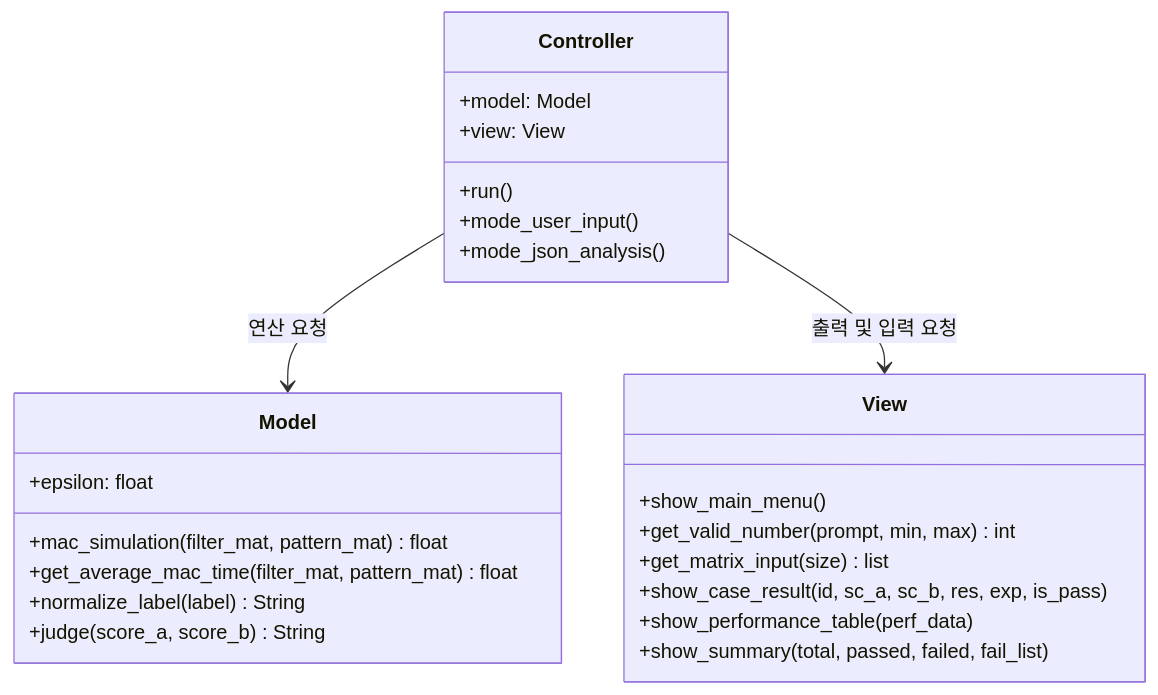
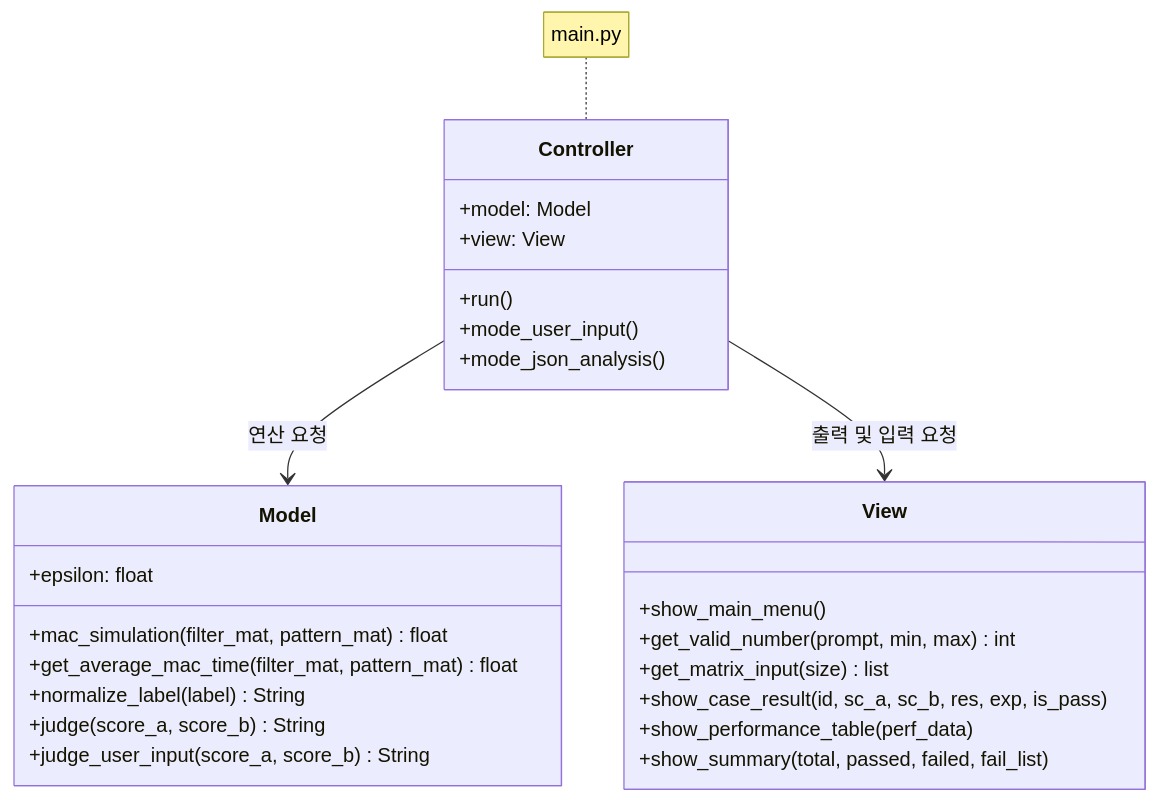
Before and after one commit to ntt65/codyssey: the first of 3 diagrams in e1_3/readme.md, drawn with Mermaid. The commit also changed other lines of this file, not shown here.

Commit message:
Fix:readme.md judge result

````diff
--- a/e1_3/readme.md
+++ b/e1_3/readme.md
@@ -16,30 +16,32 @@
 ```mermaid
 classDiagram
+    note for Controller "main.py"
     class Controller {
         +model: Model
         +view: View
         +run()
         +mode_user_input()
         +mode_json_analysis()
     }
 
     class Model {
         +epsilon: float
         +mac_simulation(filter_mat, pattern_mat) float
         +get_average_mac_time(filter_mat, pattern_mat) float
         +normalize_label(label) String
         +judge(score_a, score_b) String
+        +judge_user_input(score_a, score_b) String
     }
 
     class View {
         +show_main_menu()
         +get_valid_number(prompt, min, max) int
         +get_matrix_input(size) list
         +show_case_result(id, sc_a, sc_b, res, exp, is_pass)
         +show_performance_table(perf_data)
         +show_summary(total, passed, failed, fail_list)
     }
 
     Controller --> Model : 연산 요청
     Controller --> View : 출력 및 입력 요청
 ```
````
